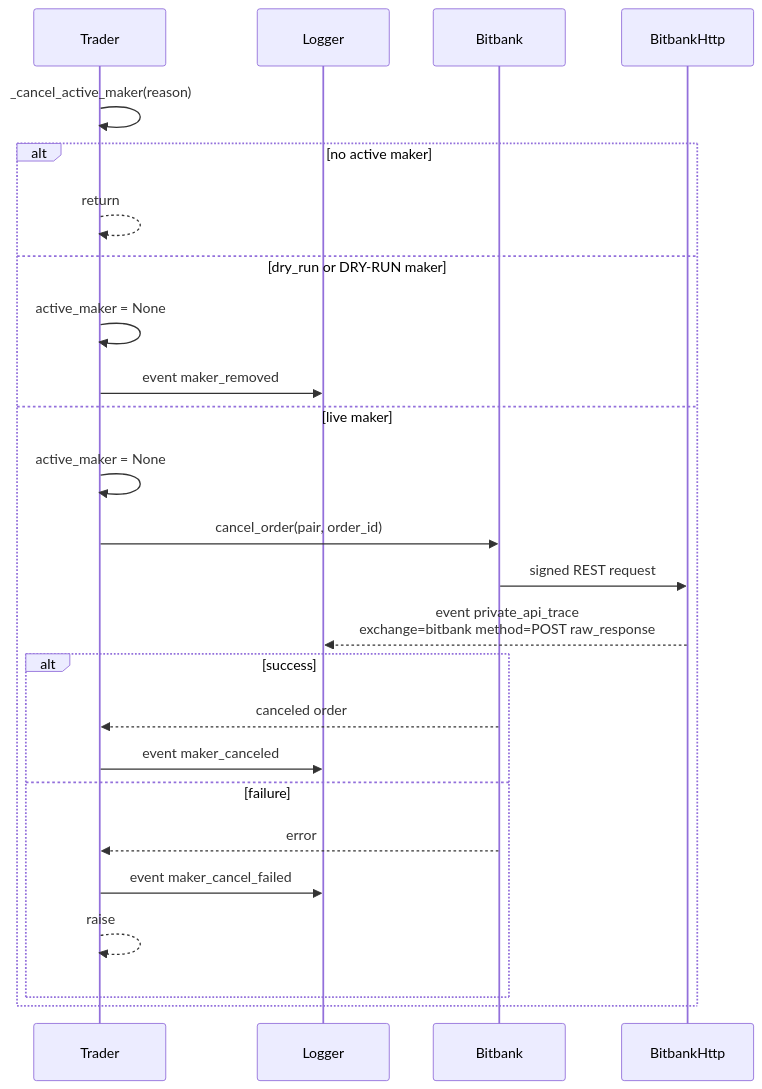
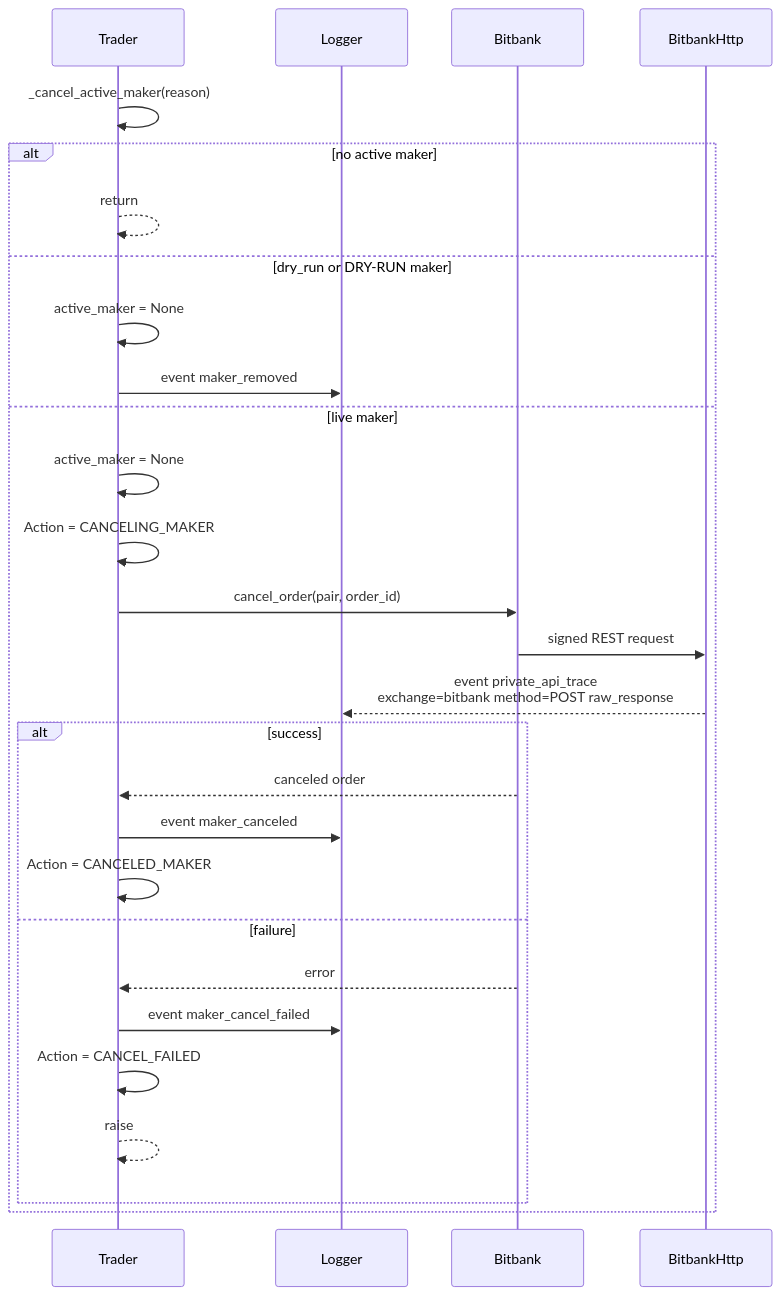
Before and after one commit to 00ken00/vibe_bot: the sixth of 7 diagrams in src/vibe_bot/trades/flowchart.md, drawn with Mermaid. The commit also changed 1 other file, not shown here.

Commit message:
Add cancel

````diff
--- a/src/vibe_bot/trades/flowchart.md
+++ b/src/vibe_bot/trades/flowchart.md
@@ -165,30 +165,33 @@
 ```mermaid
 sequenceDiagram
     participant Trader
     participant Logger
     participant Bitbank
     participant BitbankHttp
 
     Trader->>Trader: _cancel_active_maker(reason)
 
     alt no active maker
         Trader-->>Trader: return
     else dry_run or DRY-RUN maker
         Trader->>Trader: active_maker = None
         Trader->>Logger: event maker_removed
     else live maker
         Trader->>Trader: active_maker = None
+        Trader->>Trader: Action = CANCELING_MAKER
         Trader->>Bitbank: cancel_order(pair, order_id)
         Bitbank->>BitbankHttp: signed REST request
         BitbankHttp-->>Logger: event private_api_trace<br/>exchange=bitbank method=POST raw_response
 
         alt success
             Bitbank-->>Trader: canceled order
             Trader->>Logger: event maker_canceled
+            Trader->>Trader: Action = CANCELED_MAKER
         else failure
             Bitbank-->>Trader: error
             Trader->>Logger: event maker_cancel_failed
+            Trader->>Trader: Action = CANCEL_FAILED
             Trader-->>Trader: raise
         end
     end
 ```
````
